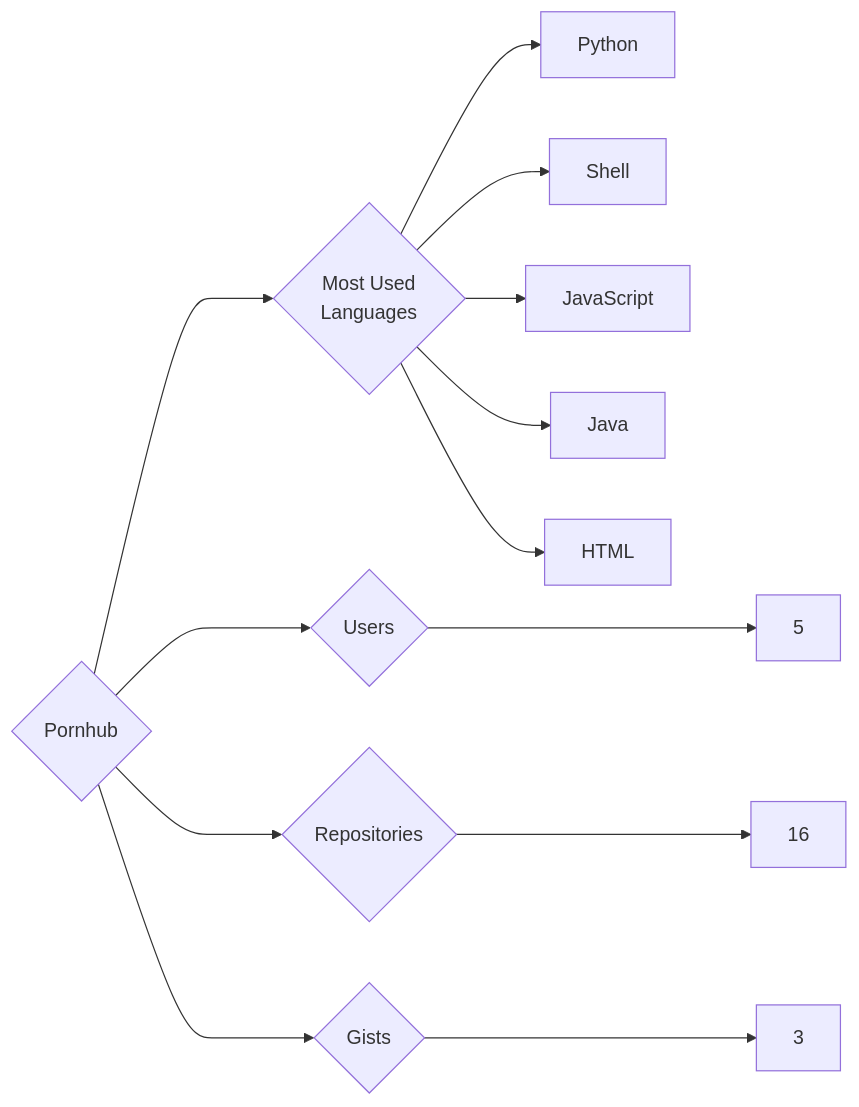
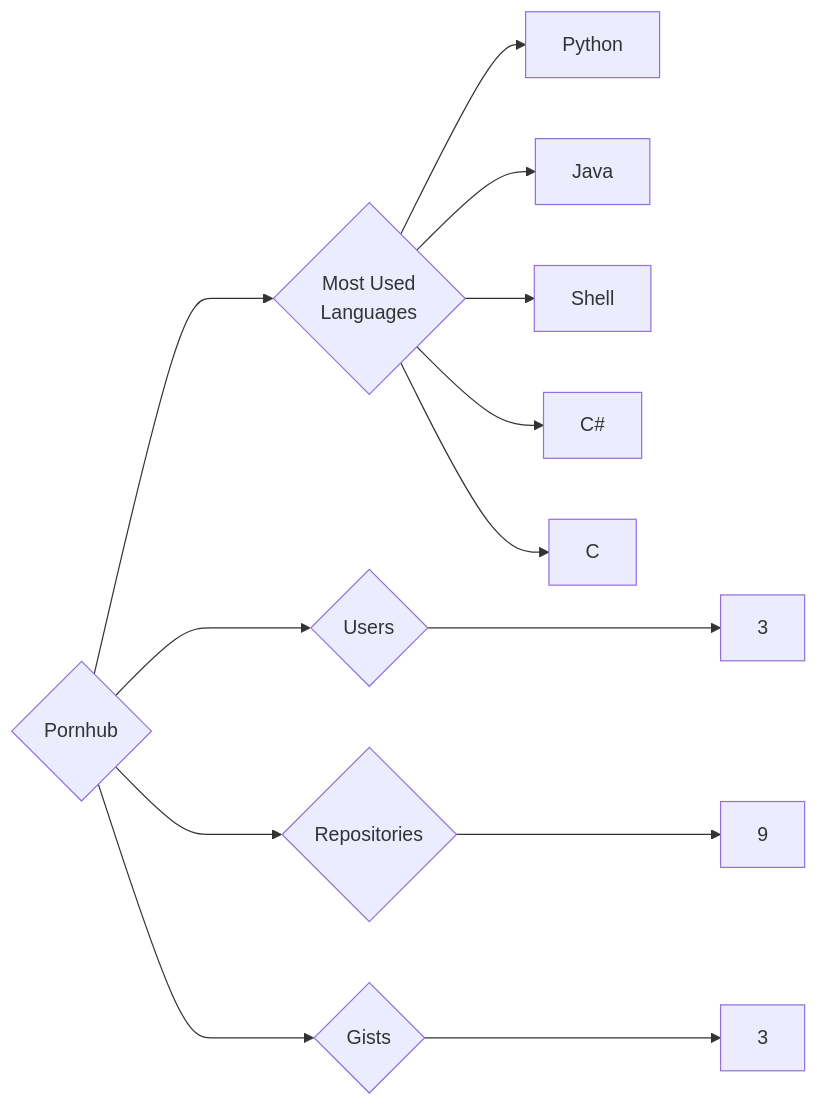
The diagram in targets/Pornhub/README.md (trickest/insiders), drawn with Mermaid before and after one commit. The commit also changed 1484 other files, not shown here.

````diff
--- a/targets/Pornhub/README.md
+++ b/targets/Pornhub/README.md
@@ -3,13 +3,13 @@
 ```mermaid
 graph LR
 COMPANY_NAME{Pornhub}
-COMPANY_NAME ---> U{Users} ---> UN[5]
-COMPANY_NAME ---> R{Repositories} ---> RN[16]
+COMPANY_NAME ---> U{Users} ---> UN[3]
+COMPANY_NAME ---> R{Repositories} ---> RN[9]
 COMPANY_NAME ---> G{Gists} ---> GN[3]
 COMPANY_NAME ---> ML{Most Used<br>Languages}
 ML --> Python[Python]
+ML --> Java[Java]
 ML --> Shell[Shell]
-ML --> JavaScript[JavaScript]
-ML --> Java[Java]
-ML --> HTML[HTML]
+ML --> C#[C#]
+ML --> C[C]
 ```
````
